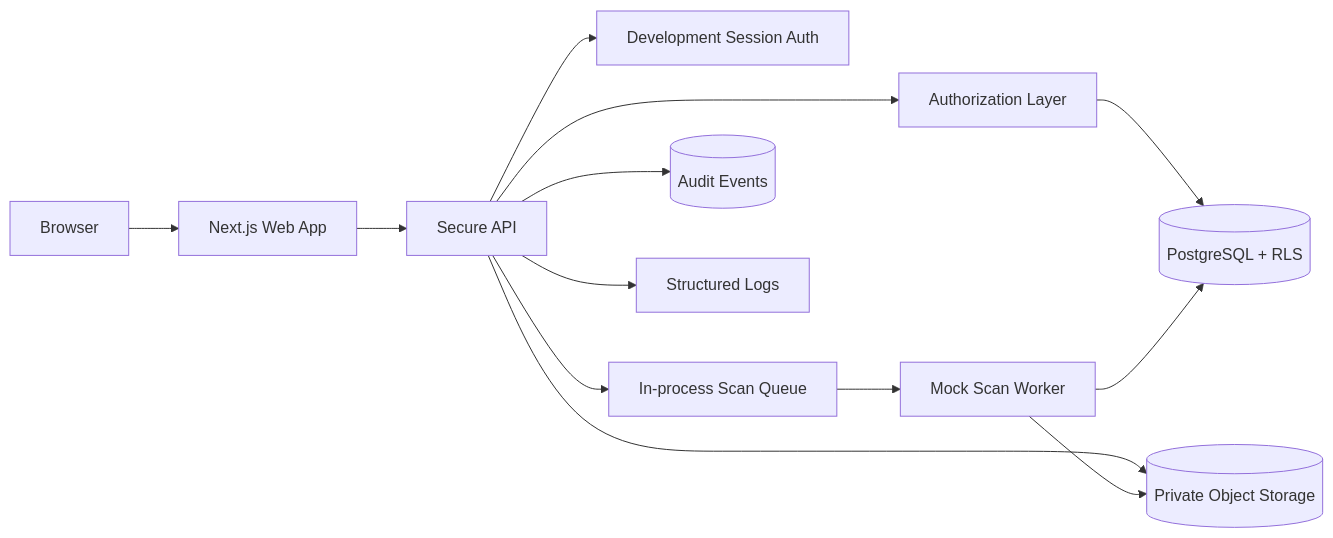
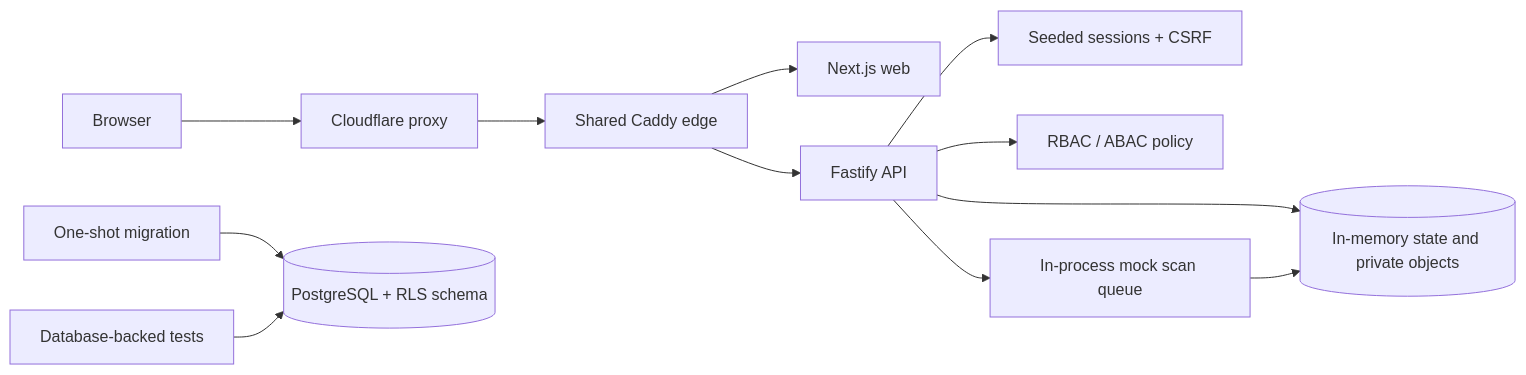
Before and after one commit to IoanGogozan/TrustVault-Lite: the first of 3 diagrams in docs/security/architecture.md, drawn with Mermaid. The commit also changed other lines of this file and 22 other files, not shown here.

````diff
--- a/docs/security/architecture.md
+++ b/docs/security/architecture.md
@@ -13,15 +11,14 @@
 ```mermaid
 flowchart LR
-  Browser[Browser] --> Web[Next.js Web App]
-  Web --> API[Secure API]
-  API --> Auth[Development Session Auth]
-  API --> Policy[Authorization Layer]
-  Policy --> DB[(PostgreSQL + RLS)]
-  API --> Storage[(Private Object Storage)]
-  API --> Queue[In-process Scan Queue]
-  Queue --> Worker[Mock Scan Worker]
-  Worker --> Storage
-  Worker --> DB
-  API --> Audit[(Audit Events)]
-  API --> Logs[Structured Logs]
+  Browser --> Cloudflare[Cloudflare proxy]
+  Cloudflare --> Caddy[Shared Caddy edge]
+  Caddy --> Web[Next.js web]
+  Caddy --> API[Fastify API]
+  API --> Auth[Seeded sessions + CSRF]
+  API --> Policy[RBAC / ABAC policy]
+  API --> Memory[(In-memory state and private objects)]
+  API --> Scan[In-process mock scan queue]
+  Scan --> Memory
+  Migrate[One-shot migration] --> Postgres[(PostgreSQL + RLS schema)]
+  Tests[Database-backed tests] --> Postgres
 ```
````
